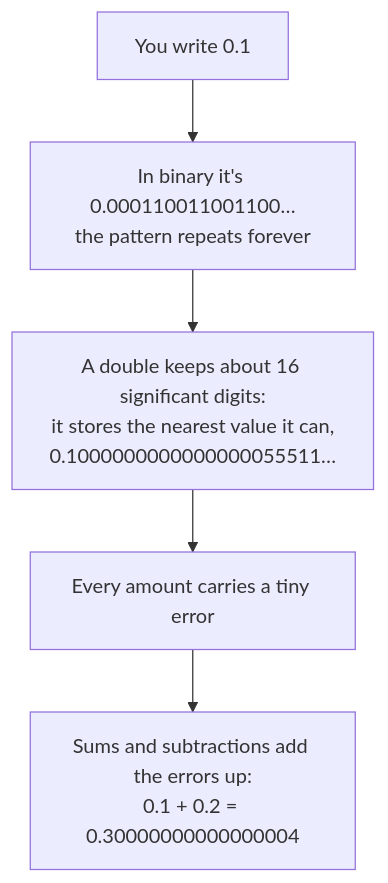
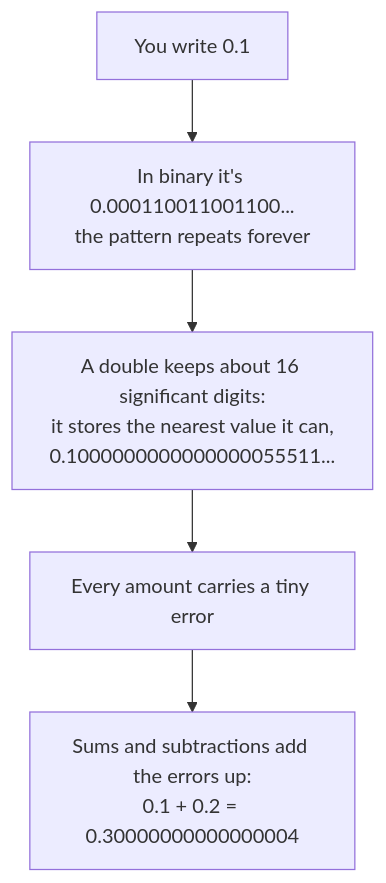
Before and after one commit to callasalvatore/csharp-algorithms: the first of 5 diagrams in appendix/A-money-in-code.md, drawn with Mermaid. The commit also changed other lines of this file and 2 other files, not shown here.

````diff
--- a/appendix/A-money-in-code.md
+++ b/appendix/A-money-in-code.md
@@ -42,7 +33,7 @@
 ```mermaid
 flowchart TB
-    A["You write 0.1"] --> B["In binary it's 0.000110011001100…<br/>the pattern repeats forever"]
-    B --> C["A double keeps about 16 significant digits:<br/>it stores the nearest value it can,<br/>0.1000000000000000055511…"]
+    A["You write 0.1"] --> B["In binary it's 0.000110011001100...<br/>the pattern repeats forever"]
+    B --> C["A double keeps about 16 significant digits:<br/>it stores the nearest value it can,<br/>0.1000000000000000055511..."]
     C --> D["Every amount carries a tiny error"]
     D --> E["Sums and subtractions add the errors up:<br/>0.1 + 0.2 = 0.30000000000000004"]
 ```
````
